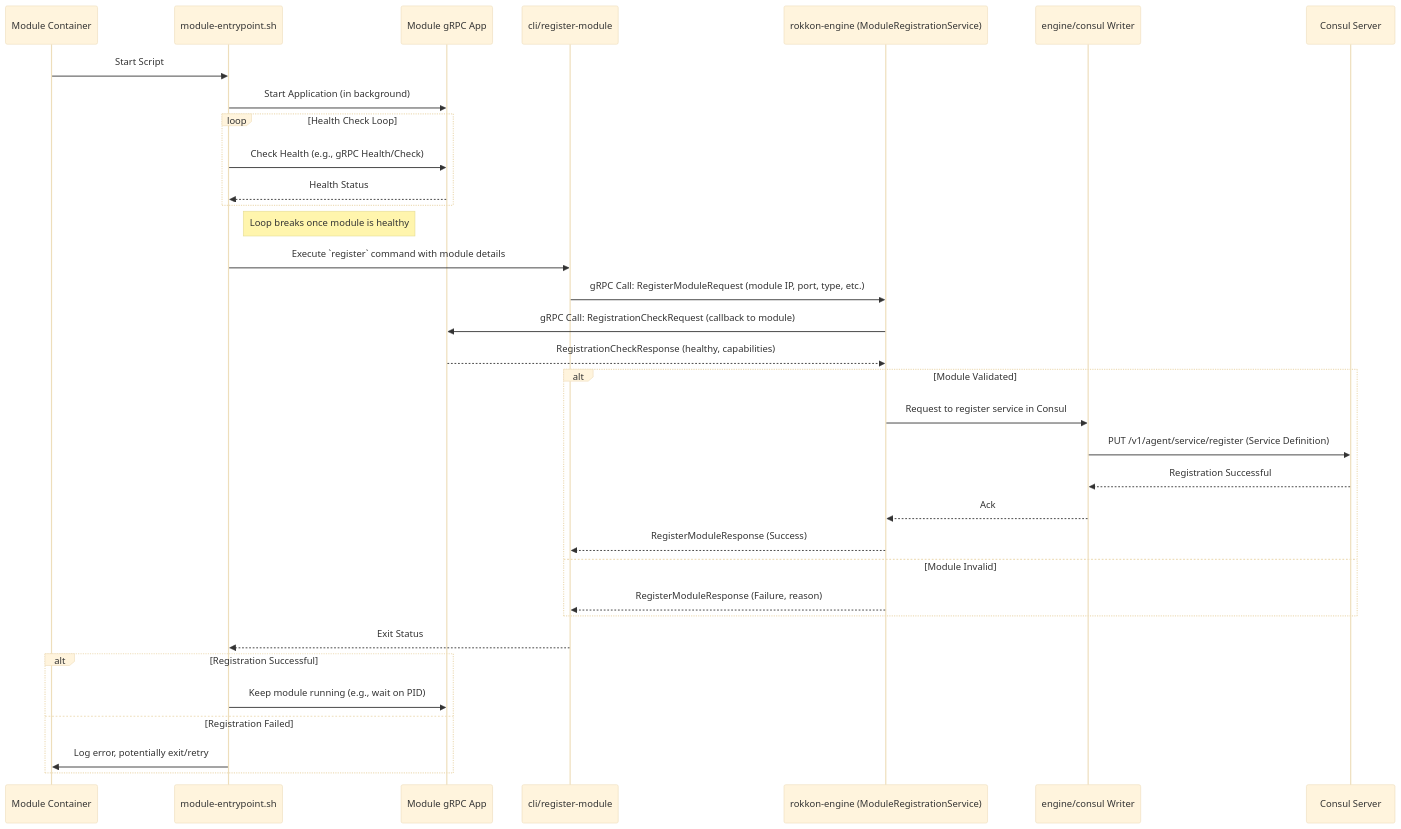
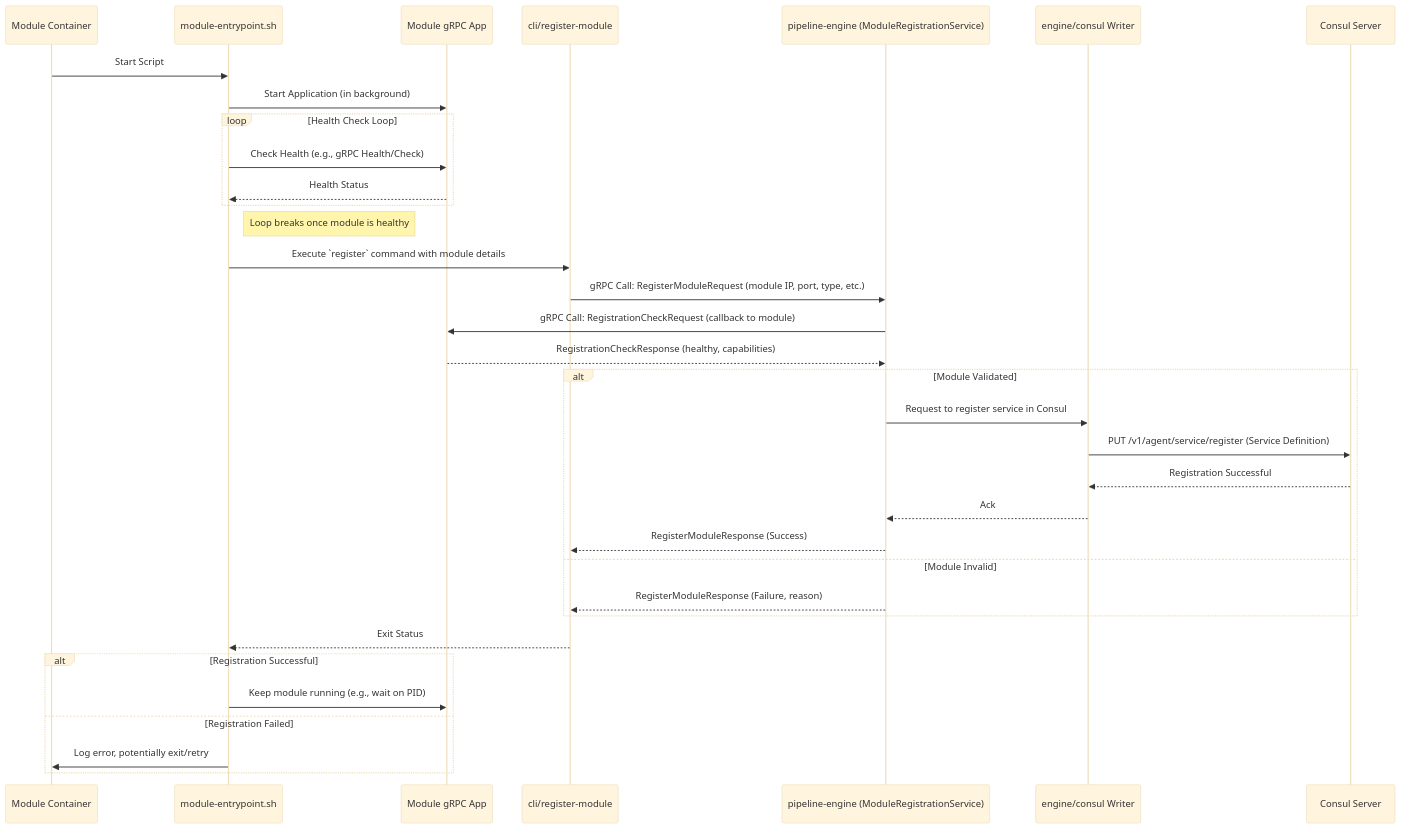
One commit to krickert/rokkon changed the diagram in ARCHITECTURE/Module_deployment.md. Above: the diagram before and after it, drawn with Mermaid (base theme). The commit also changed other lines of this file and 75 other files, not shown here.

````diff
--- a/ARCHITECTURE/Module_deployment.md
+++ b/ARCHITECTURE/Module_deployment.md
@@ -136,40 +136,40 @@
 ```mermaid
 sequenceDiagram
     participant Container as Module Container
     participant EntrypointScript as module-entrypoint.sh
     participant ModuleApp as Module gRPC App
-    participant RokkonCLI as cli/register-module
-    participant RokkonEngine as rokkon-engine (ModuleRegistrationService)
+    participant PipelineCLI as cli/register-module
+    participant PipelineEngine as pipeline-engine (ModuleRegistrationService)
     participant EngineConsul as engine/consul Writer
     participant Consul as Consul Server
 
     Container ->> EntrypointScript: Start Script
     EntrypointScript ->> ModuleApp: Start Application (in background)
     loop Health Check Loop
         EntrypointScript ->> ModuleApp: Check Health (e.g., gRPC Health/Check)
         ModuleApp -->> EntrypointScript: Health Status
     end
     note right of EntrypointScript: Loop breaks once module is healthy
-    EntrypointScript ->> RokkonCLI: Execute `register` command with module details
-    RokkonCLI ->> RokkonEngine: gRPC Call: RegisterModuleRequest (module IP, port, type, etc.)
+    EntrypointScript ->> PipelineCLI: Execute `register` command with module details
+    PipelineCLI ->> PipelineEngine: gRPC Call: RegisterModuleRequest (module IP, port, type, etc.)
 
-    RokkonEngine ->> ModuleApp: gRPC Call: RegistrationCheckRequest (callback to module)
-    ModuleApp -->> RokkonEngine: RegistrationCheckResponse (healthy, capabilities)
+    PipelineEngine ->> ModuleApp: gRPC Call: RegistrationCheckRequest (callback to module)
+    ModuleApp -->> PipelineEngine: RegistrationCheckResponse (healthy, capabilities)
 
     alt Module Validated
-        RokkonEngine ->> EngineConsul: Request to register service in Consul
+        PipelineEngine ->> EngineConsul: Request to register service in Consul
         EngineConsul ->> Consul: PUT /v1/agent/service/register (Service Definition)
         Consul -->> EngineConsul: Registration Successful
-        EngineConsul -->> RokkonEngine: Ack
-        RokkonEngine -->> RokkonCLI: RegisterModuleResponse (Success)
+        EngineConsul -->> PipelineEngine: Ack
+        PipelineEngine -->> PipelineCLI: RegisterModuleResponse (Success)
     else Module Invalid
-        RokkonEngine -->> RokkonCLI: RegisterModuleResponse (Failure, reason)
+        PipelineEngine -->> PipelineCLI: RegisterModuleResponse (Failure, reason)
     end
 
-    RokkonCLI -->> EntrypointScript: Exit Status
+    PipelineCLI -->> EntrypointScript: Exit Status
     alt Registration Successful
         EntrypointScript ->> ModuleApp: Keep module running (e.g., wait on PID)
     else Registration Failed
         EntrypointScript ->> Container: Log error, potentially exit/retry
     end
 ```
````
